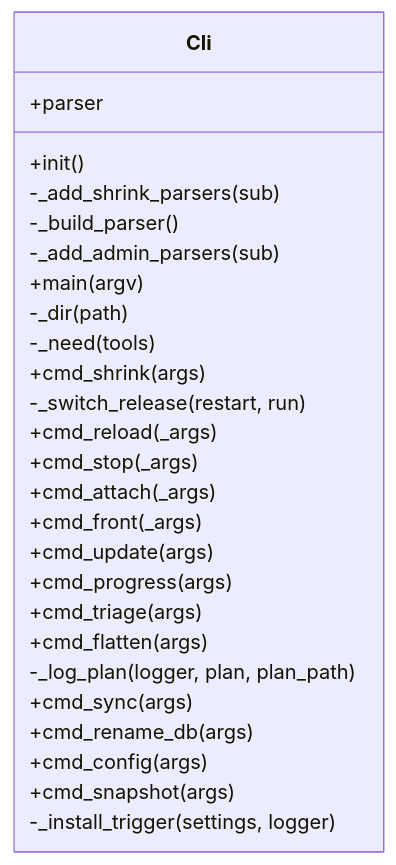
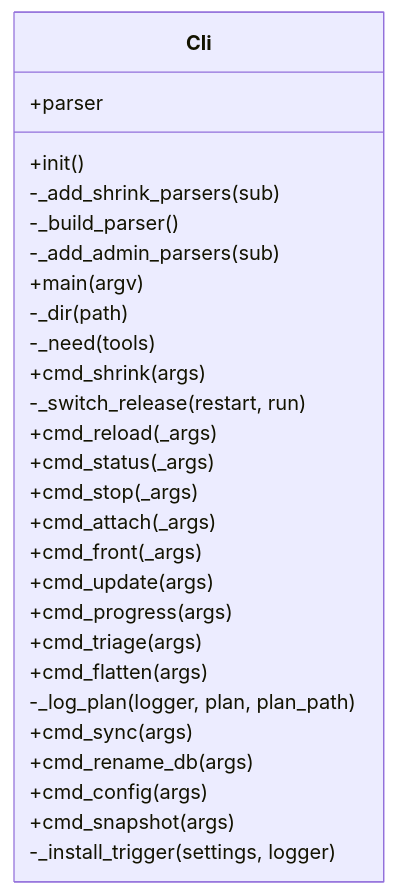
Before and after one commit to peddanet/mediatools: the diagram in docs/img/uml_cli.mmd, drawn with Mermaid. The commit also changed 16 other files, not shown here.

```diff
--- a/docs/img/uml_cli.mmd
+++ b/docs/img/uml_cli.mmd
@@ -1,28 +1,29 @@
 classDiagram
   direction LR
   class Cli {
     +parser
     +init()
     -_add_shrink_parsers(sub)
     -_build_parser()
     -_add_admin_parsers(sub)
     +main(argv)
     -_dir(path)
     -_need(tools)
     +cmd_shrink(args)
     -_switch_release(restart, run)
     +cmd_reload(_args)
+    +cmd_status(_args)
     +cmd_stop(_args)
     +cmd_attach(_args)
     +cmd_front(_args)
     +cmd_update(args)
     +cmd_progress(args)
     +cmd_triage(args)
     +cmd_flatten(args)
     -_log_plan(logger, plan, plan_path)
     +cmd_sync(args)
     +cmd_rename_db(args)
     +cmd_config(args)
     +cmd_snapshot(args)
     -_install_trigger(settings, logger)
   }
```
